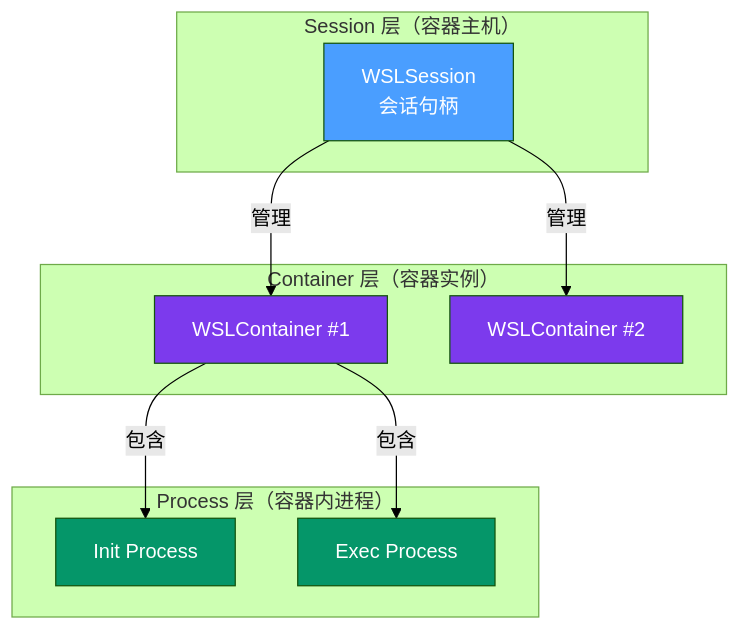
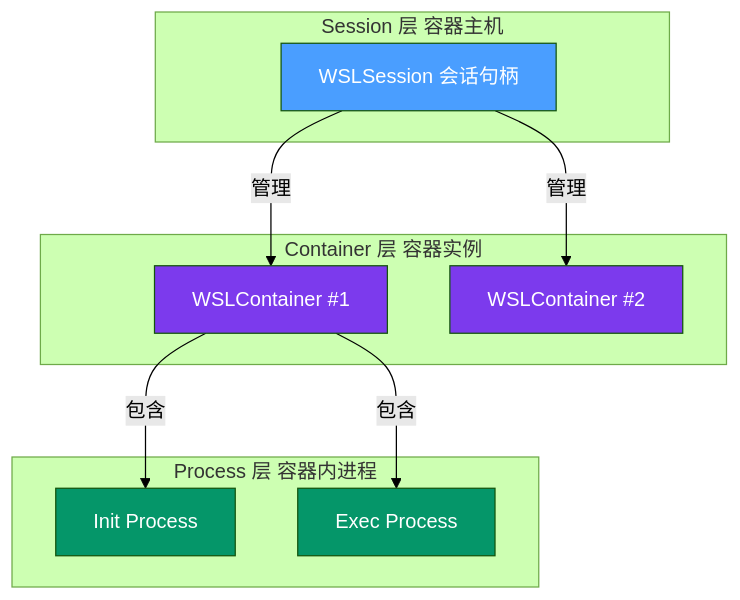
The first of 3 diagrams in .agents/docs/knowledge/learning/08-systems-infrastructure/wsl-wiki/06-wslc-api.md (xinetzone/SpecWeave), drawn with Mermaid (forest theme) before and after one commit. The commit also changed 4 other files, not shown here.

Commit message:
fix(diagrams): 修复Mermaid图表VS Code预览渲染失败——移除br标签、带圈数字、特殊符号，统一节点引号格式[prevent: mermaid-syntax-check]

````diff
--- a/.agents/docs/knowledge/learning/08-systems-infrastructure/wsl-wiki/06-wslc-api.md
+++ b/.agents/docs/knowledge/learning/08-systems-infrastructure/wsl-wiki/06-wslc-api.md
@@ -22,23 +22,23 @@
 ```mermaid
 flowchart TB
-    subgraph SessionLayer["Session 层（容器主机）"]
-        S["WSLSession<br/>会话句柄"]
+    subgraph SessionLayer["Session 层 容器主机"]
+        S["WSLSession 会话句柄"]
     end
-    subgraph ContainerLayer["Container 层（容器实例）"]
+    subgraph ContainerLayer["Container 层 容器实例"]
         C1["WSLContainer #1"]
         C2["WSLContainer #2"]
     end
-    subgraph ProcessLayer["Process 层（容器内进程）"]
+    subgraph ProcessLayer["Process 层 容器内进程"]
         P1["Init Process"]
         P2["Exec Process"]
     end
-    S -->|"管理"| C1
-    S -->|"管理"| C2
-    C1 -->|"包含"| P1
-    C1 -->|"包含"| P2
+    S -->|管理| C1
+    S -->|管理| C2
+    C1 -->|包含| P1
+    C1 -->|包含| P2
     style S fill:#4a9eff,color:#fff
     style C1 fill:#7c3aed,color:#fff
     style C2 fill:#7c3aed,color:#fff
     style P1 fill:#059669,color:#fff
     style P2 fill:#059669,color:#fff
 ```
````
